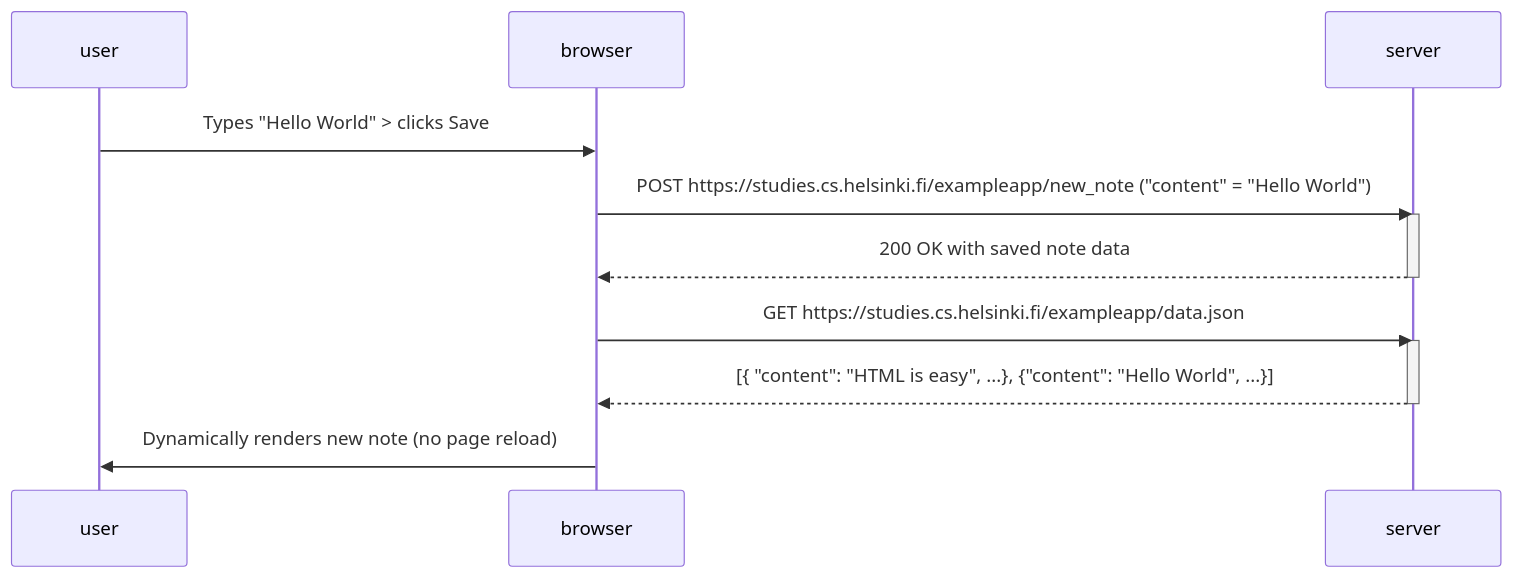
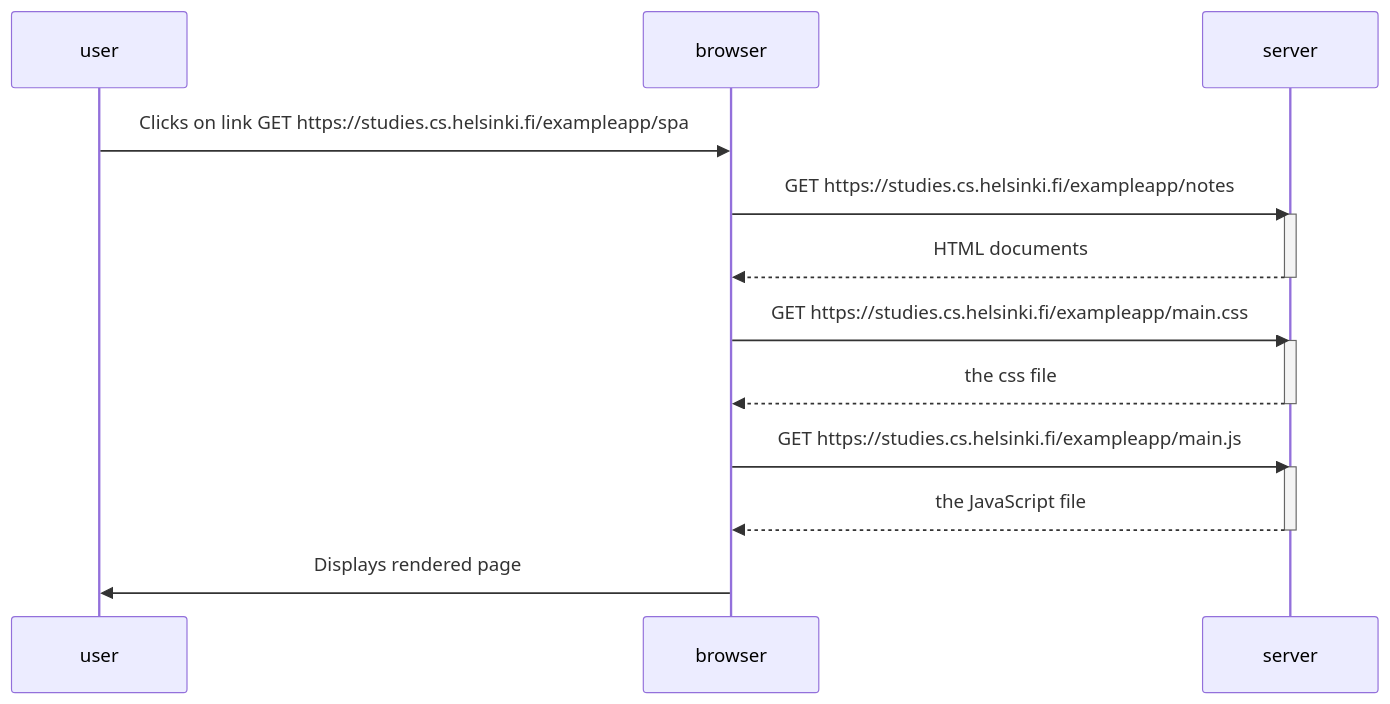
The diagram in part0 (0.4-0.6)/0.5.md (Kskx2203/fullStackOpen), drawn with Mermaid before and after one commit.

````diff
--- a/part0 (0.4-0.6)/0.5.md
+++ b/part0 (0.4-0.6)/0.5.md
@@ -1,19 +1,27 @@
 ```mermaid
 sequenceDiagram
     participant user
     participant browser
     participant server
 
-    user->>browser: Types "Hello World" > clicks Save
-    browser->>server: POST https://studies.cs.helsinki.fi/exampleapp/new_note ("content" = "Hello World")
+    %% User clicks on the link
+    user->>browser: Clicks on link GET https://studies.cs.helsinki.fi/exampleapp/spa
+
+    %% Browser renders page
+    browser->>server: GET https://studies.cs.helsinki.fi/exampleapp/notes
     activate server
-    %% No redirect after POST
-    server-->>browser: 200 OK with saved note data
+    server-->>browser: HTML documents
     deactivate server
-    
-    browser->>server: GET https://studies.cs.helsinki.fi/exampleapp/data.json
+
+    browser->>server: GET https://studies.cs.helsinki.fi/exampleapp/main.css
     activate server
-    server-->>browser: [{ "content": "HTML is easy", ...}, {"content": "Hello World", ...}]
+    server-->>browser: the css file
     deactivate server
-    browser->>user: Dynamically renders new note (no page reload)
+
+    browser->>server: GET https://studies.cs.helsinki.fi/exampleapp/main.js
+    activate server
+    server-->>browser: the JavaScript file
+    deactivate server
+
+    browser->>user: Displays rendered page
 ```
````
